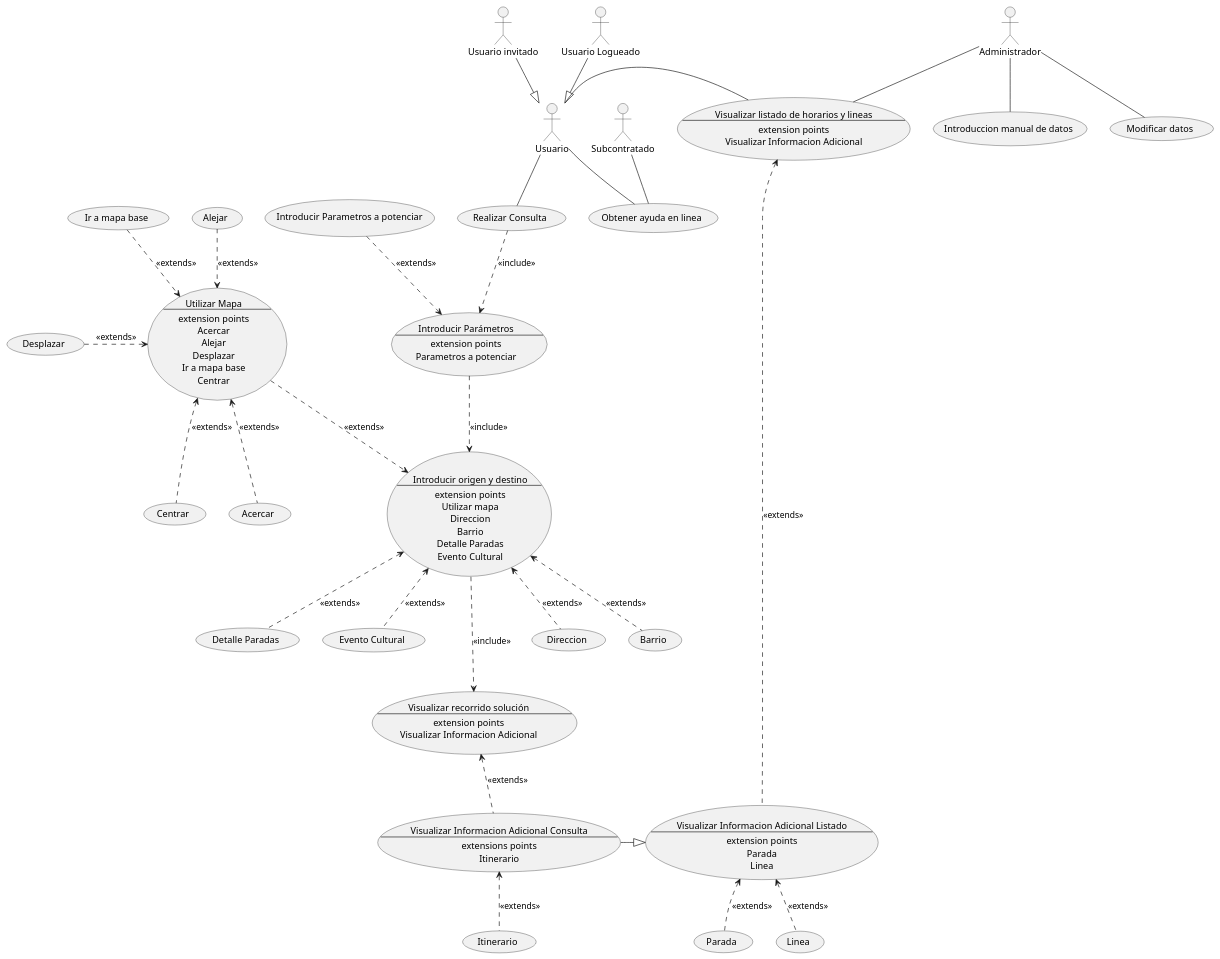
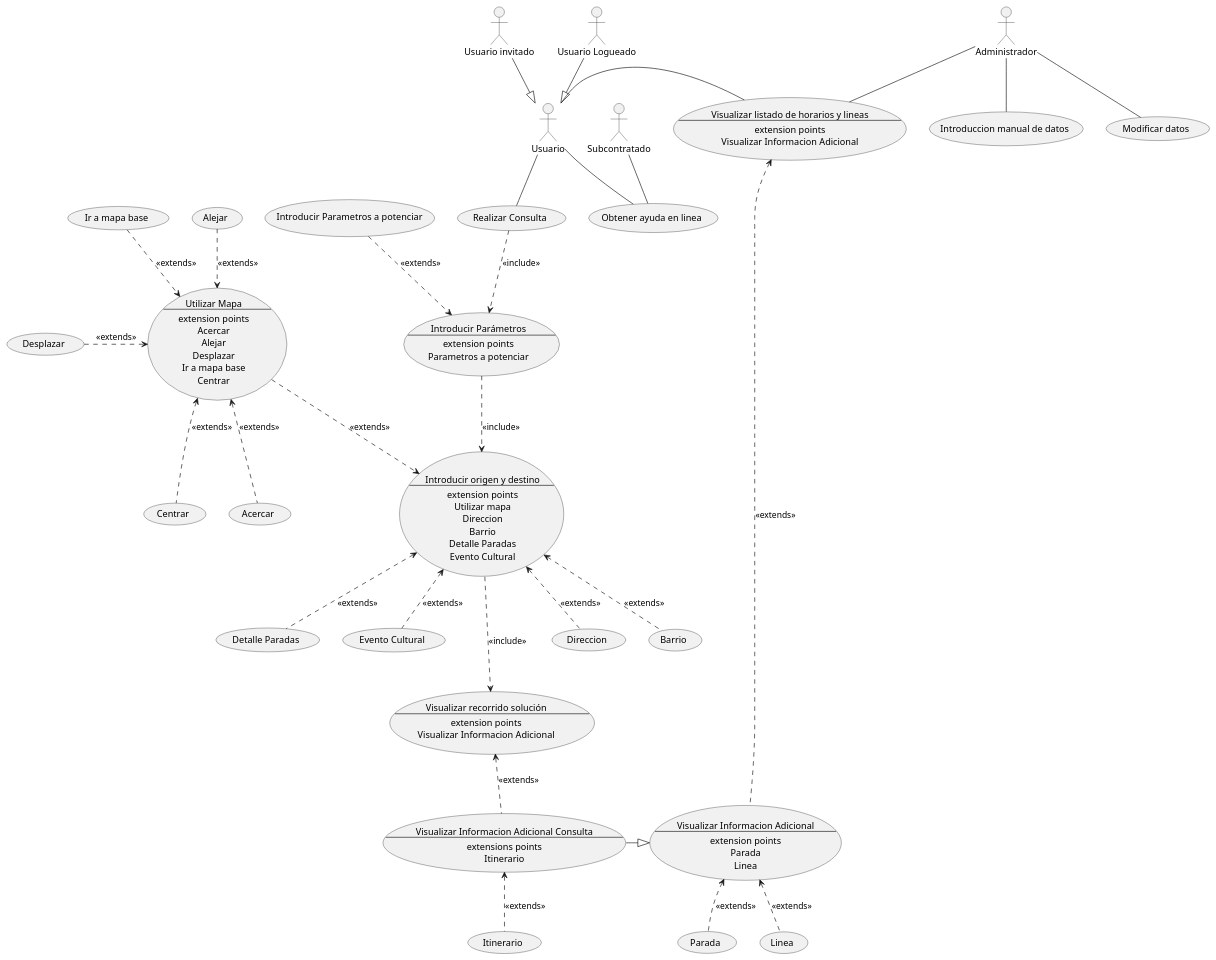
Before and after one commit to cgg734/INRE-UAL-MORADO-2022-2023: the diagram in Proyecto/source/SIIT.puml, drawn with PlantUML. The commit also changed 1 other file, not shown here.

```diff
--- a/Proyecto/source/SIIT.puml
+++ b/Proyecto/source/SIIT.puml
@@ -1,121 +1,121 @@
 @startuml SIIT
 actor UI as "Usuario invitado"
 actor UL as "Usuario Logueado"
 actor Usuario
 actor Subcontratado
 actor Administrador
 
 
 usecase (Modificar) as "Modificar datos"
 usecase (Introducir) as "Introduccion manual de datos"
 
 
 
 
 UI--|>Usuario
 UL--|>Usuario
 
 usecase (Ayuda) as  "Obtener ayuda en linea"
 usecase (Consulta) as "Realizar Consulta"
 usecase Horarios as "Visualizar listado de horarios y lineas
 --
 extension points
 Visualizar Informacion Adicional"
 usecase (Potenciar) as "Introducir Parametros a potenciar"
 usecase Origen as "Introducir origen y destino
 --
 extension points
 Utilizar mapa
 Direccion
 Barrio
 Detalle Paradas
 Evento Cultural"
 
 
 usecase (Direccion) as "Direccion"
 usecase (Barrio) as "Barrio"
 usecase (Detalle) as "Detalle Paradas"
 usecase (Evento) as "Evento Cultural"
 usecase Mapa as "Utilizar Mapa
 --
 extension points
 Acercar
 Alejar
 Desplazar
 Ir a mapa base
 Centrar
 "
 
 usecase (Acercar) as "Acercar"
 usecase (Alejar) as "Alejar"
 usecase (Desplazar) as "Desplazar"
 usecase (MapaB) as "Ir a mapa base"
 usecase (Centrar) as "Centrar"
 
 
 (Origen)<.up.(Mapa) : <<extends>>
 (Origen)<..(Direccion) : <<extends>>
 (Origen)<..(Barrio) : <<extends>>
 (Origen)<..(Detalle) : <<extends>>
 (Origen)<..(Evento) : <<extends>>
 
 
 (Mapa)<..(Acercar) : <<extends>>
 (Mapa)<.up.(Alejar) : <<extends>>
 (Mapa)<.left.(Desplazar) : <<extends>>
 (Mapa)<.up.(MapaB) : <<extends>>
 (Mapa)<..(Centrar) : <<extends>>
 
 
 
 Administrador--Modificar
 Administrador--Introducir
 Administrador--Horarios
 
 
 usecase Parametros as "Introducir Parámetros
 --
 extension points
 Parametros a potenciar
 "
 
 Usuario-right-Horarios
 Usuario--Consulta
 Usuario--Ayuda
 Subcontratado--Ayuda
 
 (Consulta)..>(Parametros) : <<include>> 
 (Parametros)..>(Origen) : <<include>> 
 (Parametros)<.up.(Potenciar) : <<extends>>
 
 
 
 usecase Solucion as "Visualizar recorrido solución
 --
 extension points
 Visualizar Informacion Adicional"
 
-usecase MostrarInfoList as "Visualizar Informacion Adicional Listado
+usecase MostrarInfo as "Visualizar Informacion Adicional
 --
 extension points
 Parada
 Linea"
 usecase MostrarInfoConsulta as "Visualizar Informacion Adicional Consulta
 --
 extensions points
 Itinerario"
 
 
 (Origen)...>(Solucion) : <<include>> 
 (Solucion)<..MostrarInfoConsulta : <<extends>>
-(Horarios)<.right.(MostrarInfoList) : <<extends>>
+(Horarios)<.right.(MostrarInfo) : <<extends>>
 
 
-(MostrarInfoConsulta)-right-|>(MostrarInfoList)
+(MostrarInfoConsulta)-right-|>(MostrarInfo)
 
-(MostrarInfoList)<..(Parada) : <<extends>>
-(MostrarInfoList)<..(Linea) : <<extends>>
+(MostrarInfo)<..(Parada) : <<extends>>
+(MostrarInfo)<..(Linea) : <<extends>>
 (MostrarInfoConsulta)<..(Itinerario) : <<extends>>
 
 
 @enduml
```
